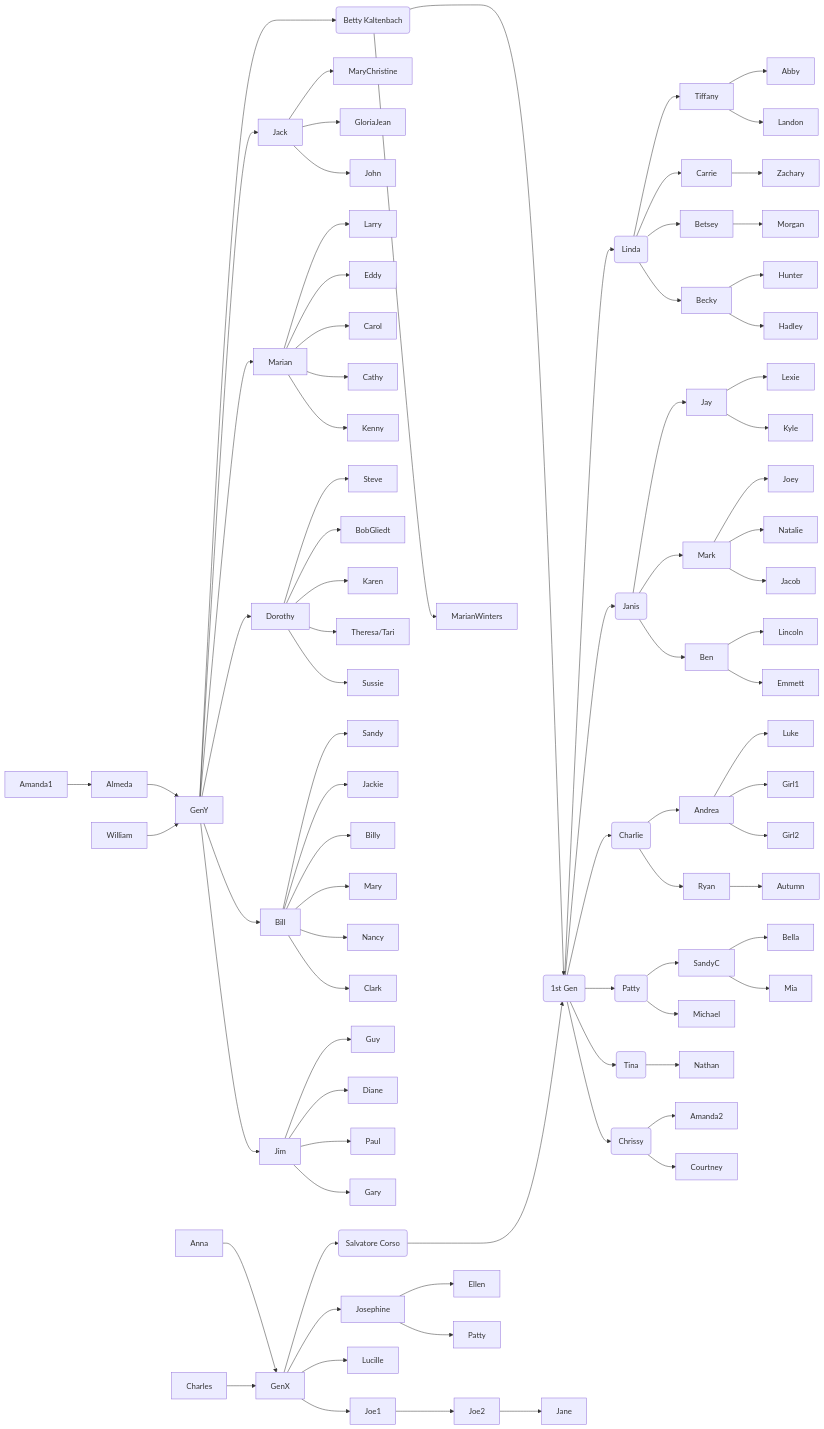
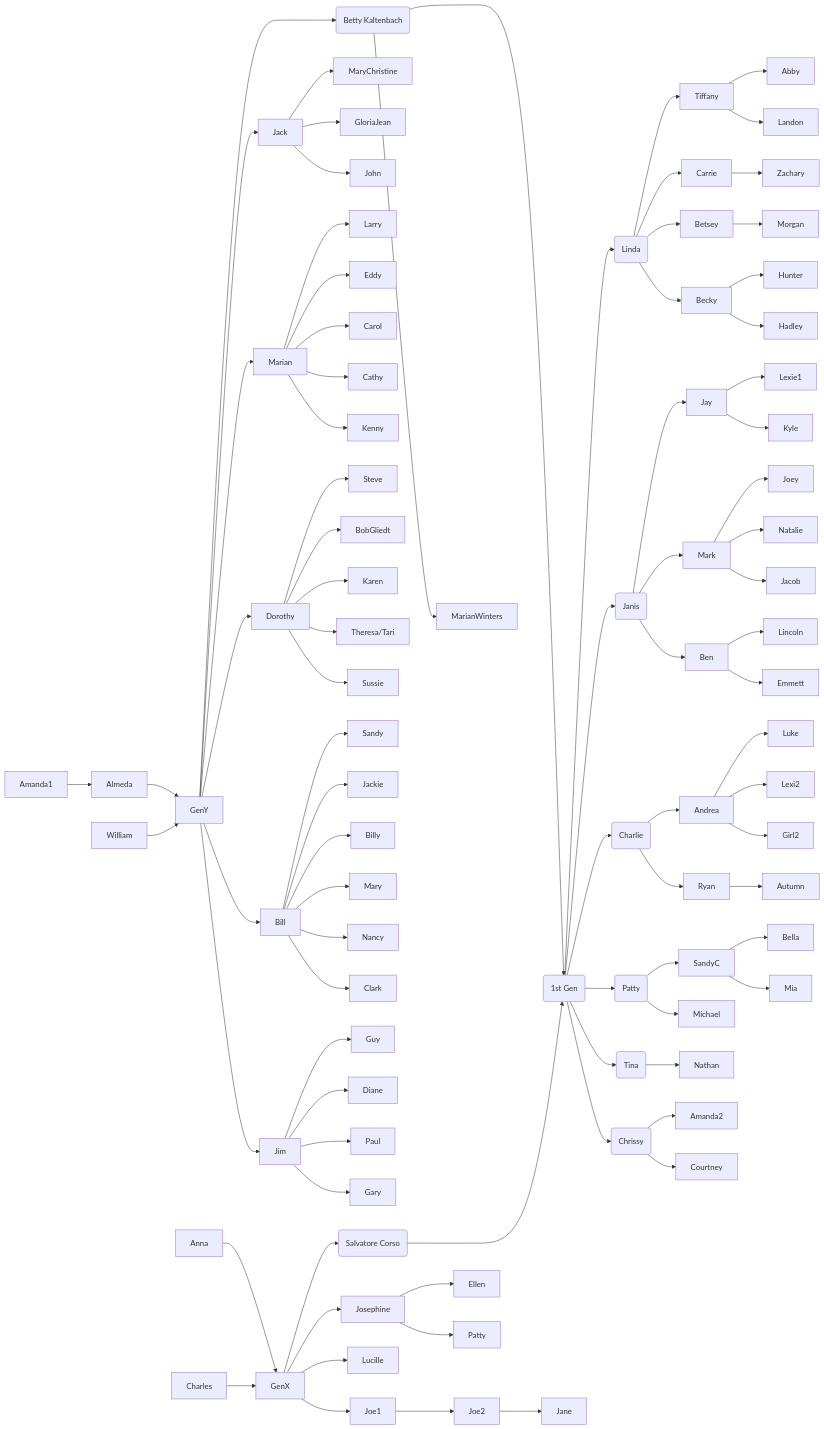
The diagram in _posts/2023-03-04-Family Genealogy.md (corsokalte/corsokalte.github.io), drawn with Mermaid before and after one commit.

Commit message:
Update 2023-03-04-Family Genealogy.md
Updates Girl1 to Lexi2.

```diff
--- a/_posts/2023-03-04-Family Genealogy.md
+++ b/_posts/2023-03-04-Family Genealogy.md
@@ -94,7 +94,7 @@
 Becky --> Hadley
 
 S3 --> Jay
-Jay --> Lexie
+Jay --> Lexie1
 Jay --> Kyle
 S3 --> Mark
 Mark --> Joey
@@ -108,7 +108,7 @@
 S4 --> Andrea
 
 Andrea --> Luke
-Andrea --> Girl1
+Andrea --> Lexi2
 Andrea --> Girl2
 
 S4 --> Ryan
```
